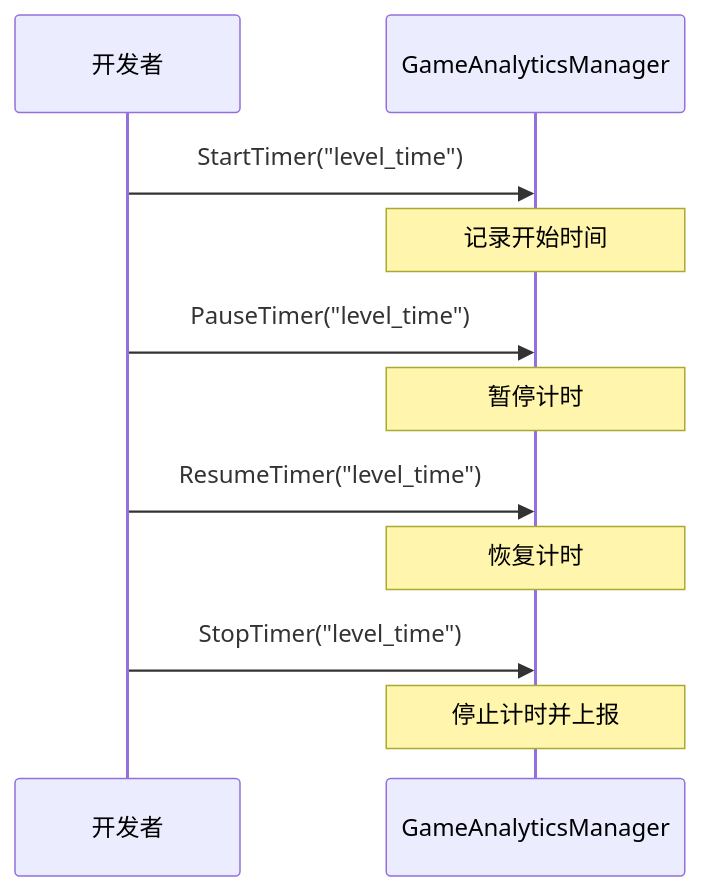
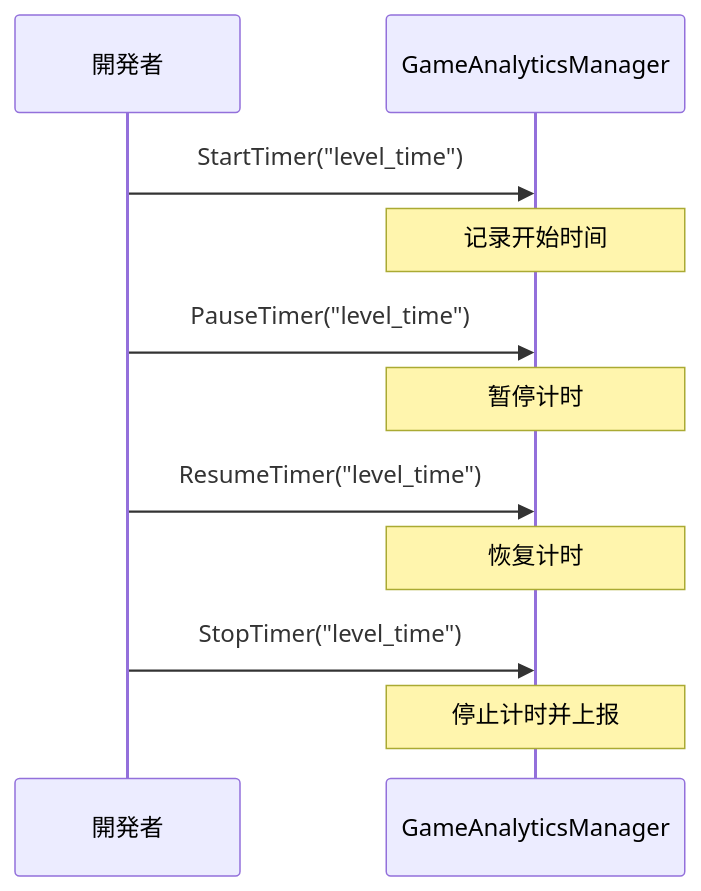
One commit to AlianBlank/GameFrameX.Docs changed the second of 3 diagrams in docs/ja/client/unity/component/gameanalytics/06.api-reference.md. Above: the diagram before and after it, drawn with Mermaid. The commit also changed other lines of this file and 603 other files, not shown here.

````diff
--- a/docs/ja/client/unity/component/gameanalytics/06.api-reference.md
+++ b/docs/ja/client/unity/component/gameanalytics/06.api-reference.md
@@ -267,17 +267,17 @@
 ```mermaid
 sequenceDiagram
-    participant Dev as 开发者
+    participant Dev as 開発者
     participant GA as GameAnalyticsManager
     
     Dev->>GA: StartTimer("level_time")
     Note over GA: 记录开始时间
     
     Dev->>GA: PauseTimer("level_time")
     Note over GA: 暂停计时
     
     Dev->>GA: ResumeTimer("level_time")
     Note over GA: 恢复计时
     
     Dev->>GA: StopTimer("level_time")
     Note over GA: 停止计时并上报
 ```
````
